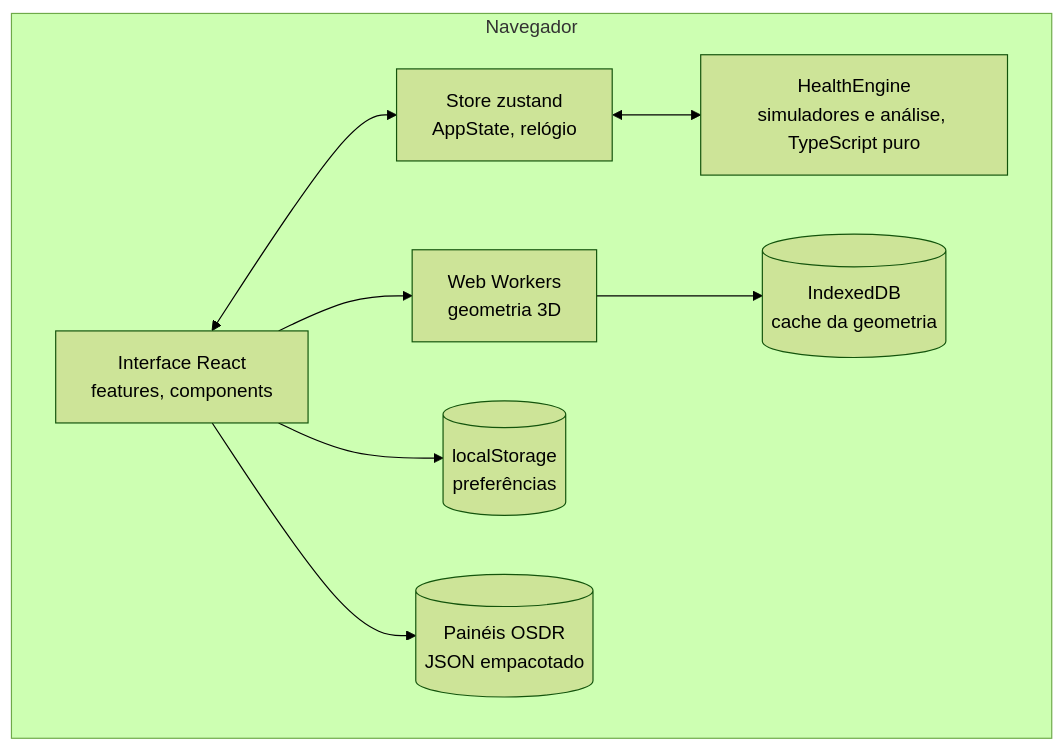
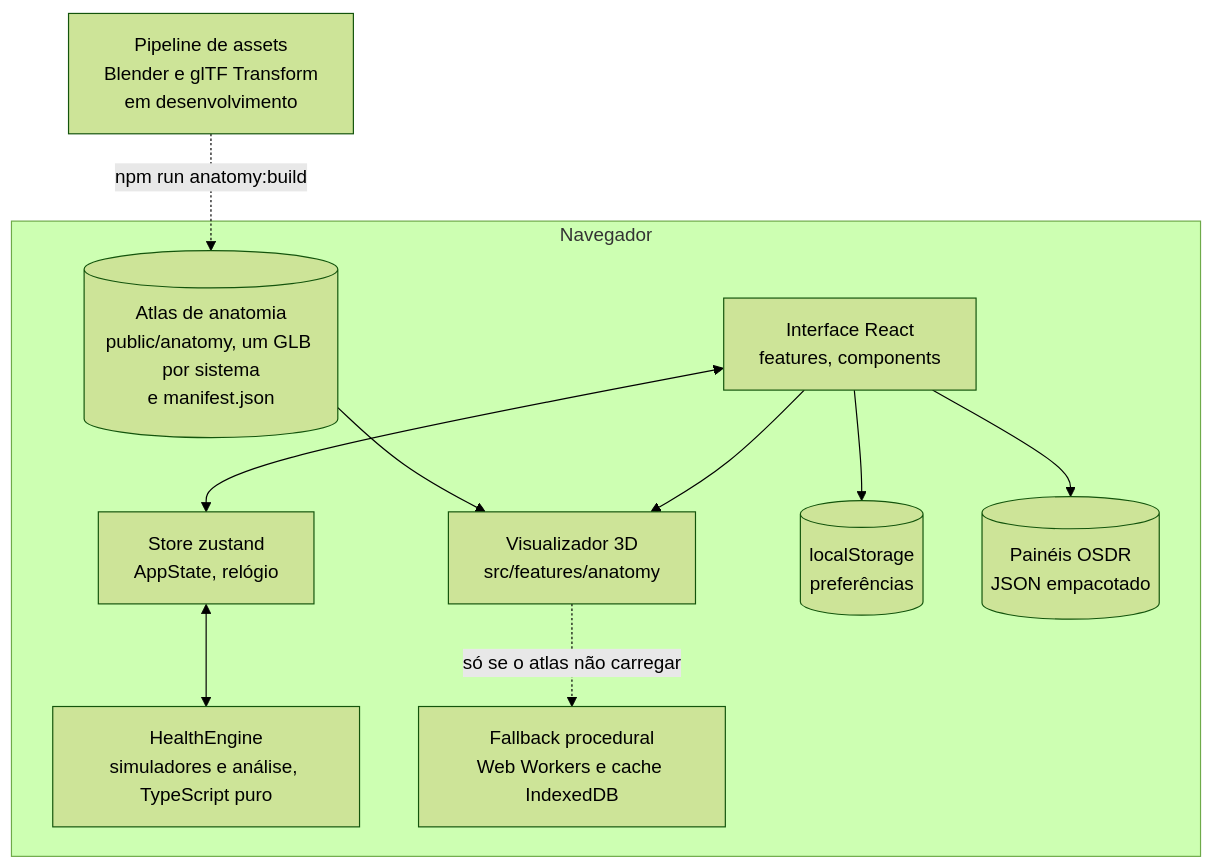
Before and after one commit to Gabrieldiv/astronaut-health-intelligence-platform: the second of 3 diagrams in docs-site/pt/architecture/overview.md, drawn with Mermaid (forest theme). The commit also changed other lines of this file and 68 other files, not shown here.

````diff
--- a/docs-site/pt/architecture/overview.md
+++ b/docs-site/pt/architecture/overview.md
@@ -61,18 +63,22 @@
 ```mermaid
 flowchart TB
     subgraph Browser["Navegador"]
       UI[Interface React<br/>features, components]
       STORE[Store zustand<br/>AppState, relógio]
       ENG[HealthEngine<br/>simuladores e análise, TypeScript puro]
-      W[Web Workers<br/>geometria 3D]
-      IDB[(IndexedDB<br/>cache da geometria)]
+      VIEW["Visualizador 3D<br/>src/features/anatomy"]
+      ATLAS[("Atlas de anatomia<br/>public/anatomy, um GLB por sistema<br/>e manifest.json")]
+      FB["Fallback procedural<br/>Web Workers e cache IndexedDB"]
       LS[(localStorage<br/>preferências)]
       DATA[(Painéis OSDR<br/>JSON empacotado)]
     end
+    PIPE["Pipeline de assets<br/>Blender e glTF Transform<br/>em desenvolvimento"]
     UI <--> STORE
     STORE <--> ENG
-    UI --> W
-    W --> IDB
+    UI --> VIEW
+    ATLAS --> VIEW
+    VIEW -. "só se o atlas não carregar" .-> FB
     UI --> LS
     UI --> DATA
+    PIPE -. "npm run anatomy:build" .-> ATLAS
 ```
````
